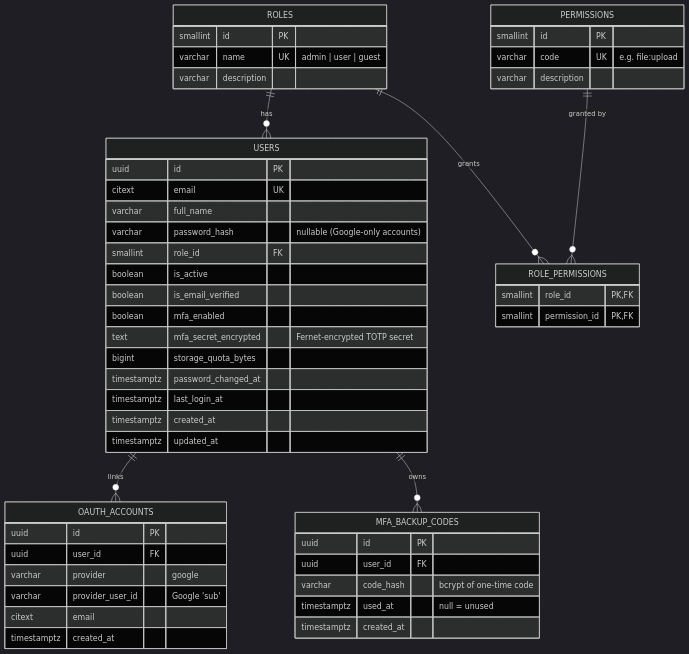
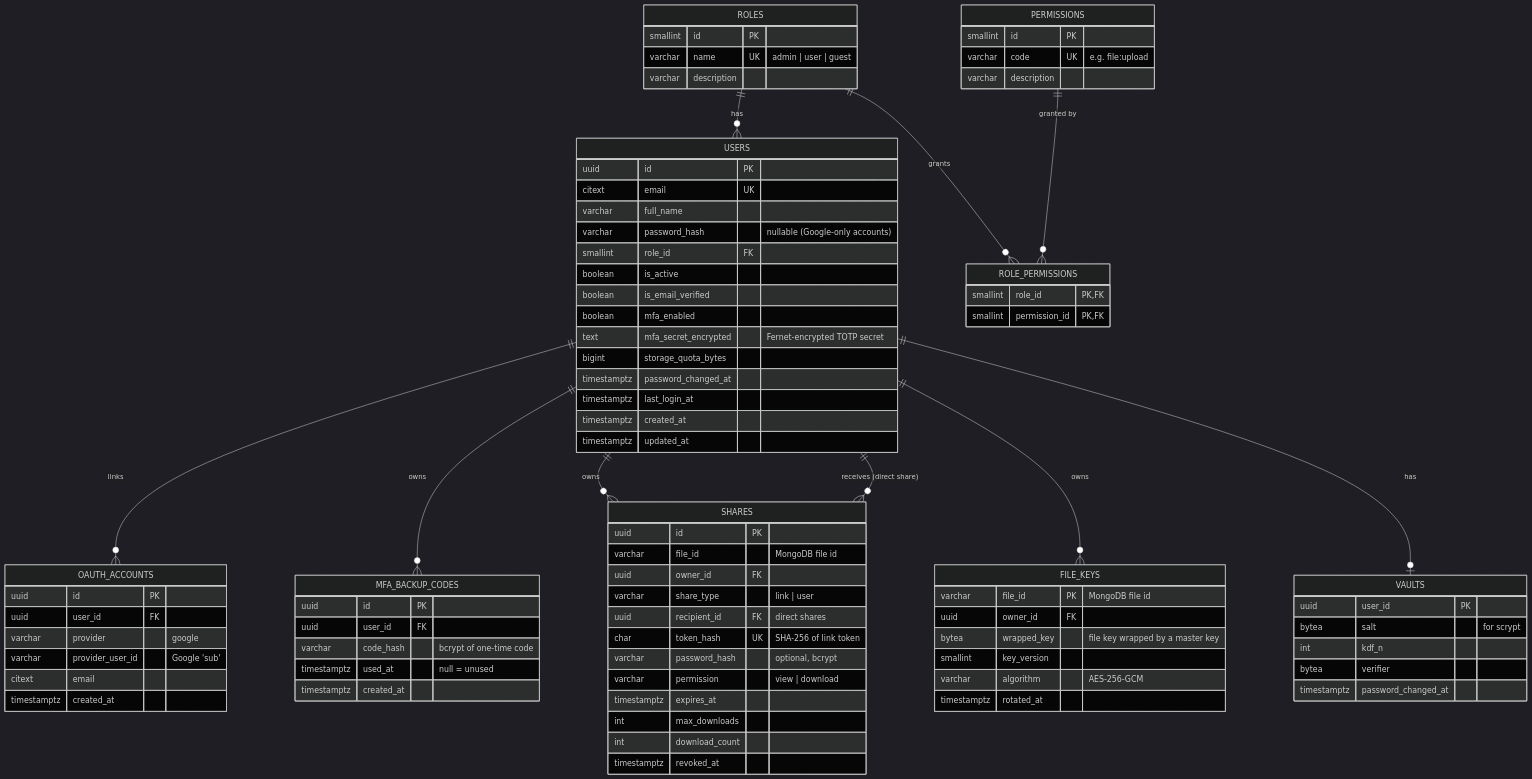
Before and after one commit to Vimaladharsan/TrustShare-Encrypted-File-Sharing-Collaboration-Platform: the diagram in docs/database.md, drawn with Mermaid (dark theme). The commit also changed other lines of this file and 60 other files, not shown here.

````diff
--- a/docs/database.md
+++ b/docs/database.md
@@ -79,4 +80,38 @@
         timestamptz used_at "null = unused"
         timestamptz created_at
     }
+    USERS ||--o{ SHARES : "owns"
+    USERS ||--o{ SHARES : "receives (direct share)"
+    USERS ||--o{ FILE_KEYS : "owns"
+    USERS ||--o| VAULTS : "has"
+
+    SHARES {
+        uuid id PK
+        varchar file_id "MongoDB file id"
+        uuid owner_id FK
+        varchar share_type "link | user"
+        uuid recipient_id FK "direct shares"
+        char token_hash UK "SHA-256 of link token"
+        varchar password_hash "optional, bcrypt"
+        varchar permission "view | download"
+        timestamptz expires_at
+        int max_downloads
+        int download_count
+        timestamptz revoked_at
+    }
+    FILE_KEYS {
+        varchar file_id PK "MongoDB file id"
+        uuid owner_id FK
+        bytea wrapped_key "file key wrapped by a master key"
+        smallint key_version
+        varchar algorithm "AES-256-GCM"
+        timestamptz rotated_at
+    }
+    VAULTS {
+        uuid user_id PK
+        bytea salt "for scrypt"
+        int kdf_n
+        bytea verifier
+        timestamptz password_changed_at
+    }
 ```
````
